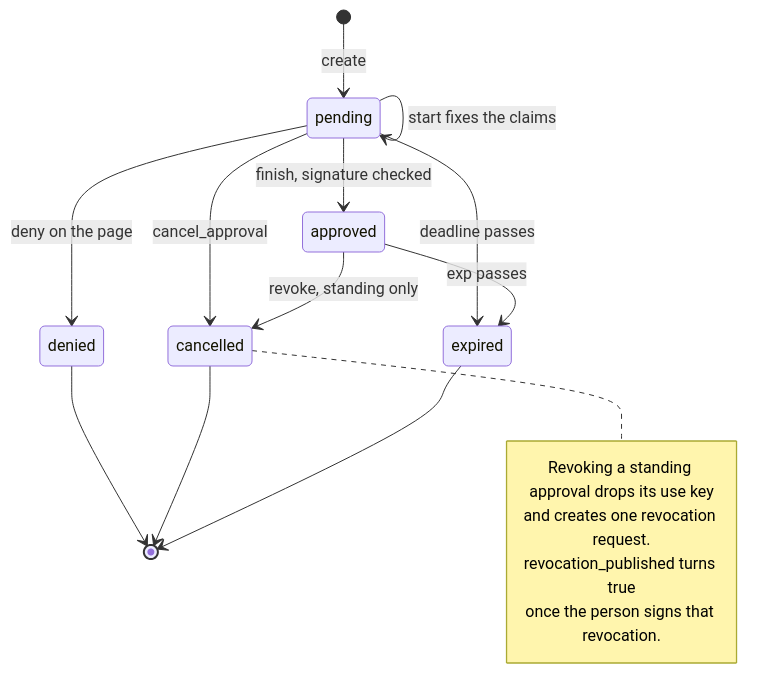
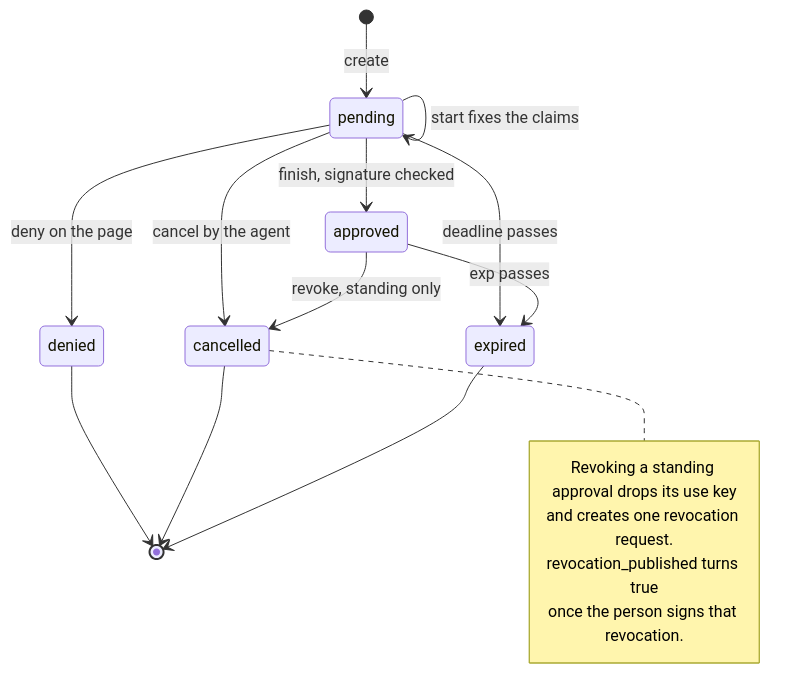
The third of 5 diagrams in docs/architecture.md (Phygital-Key/phygital-key), drawn with Mermaid before and after one commit. The commit also changed other lines of this file and 114 other files, not shown here.

````diff
--- a/docs/architecture.md
+++ b/docs/architecture.md
@@ -87,20 +174,20 @@
 ```mermaid
 stateDiagram-v2
     [*] --> pending: create
     pending --> pending: start fixes the claims
     pending --> approved: finish, signature checked
     pending --> denied: deny on the page
-    pending --> cancelled: cancel_approval
+    pending --> cancelled: cancel by the agent
     pending --> expired: deadline passes
     approved --> expired: exp passes
     approved --> cancelled: revoke, standing only
     denied --> [*]
     cancelled --> [*]
     expired --> [*]
     note right of cancelled
         Revoking a standing approval drops its use key
         and creates one revocation request.
         revocation_published turns true
         once the person signs that revocation.
     end note
 ```
````
